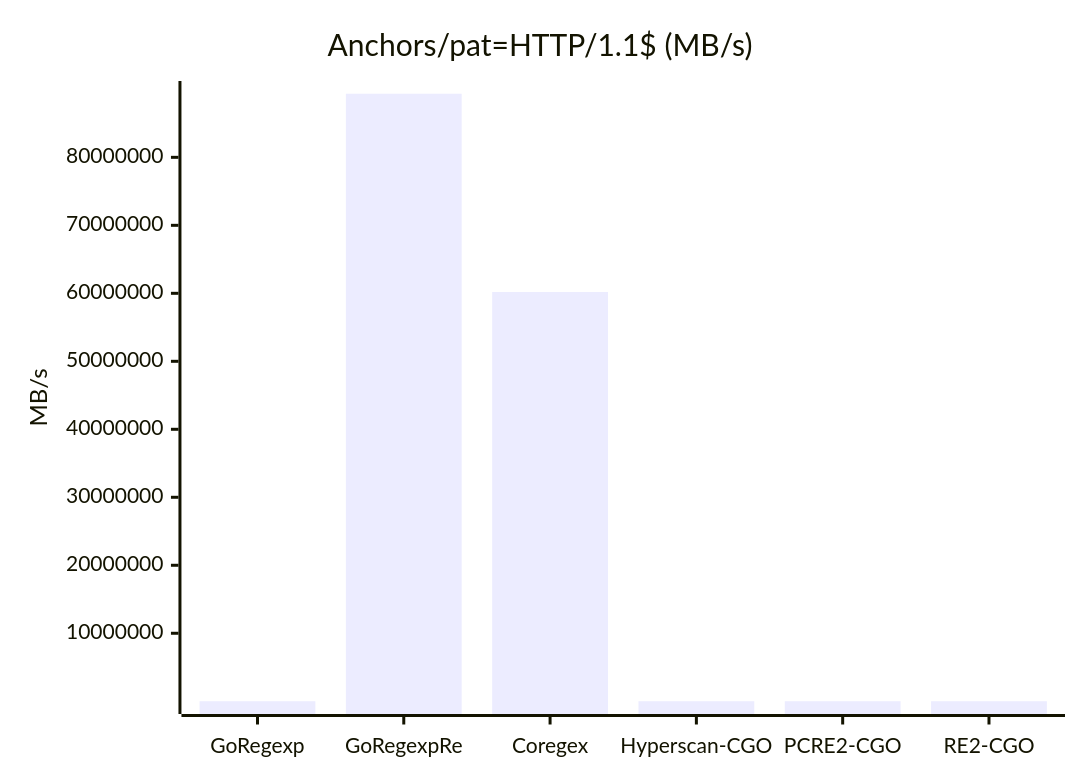
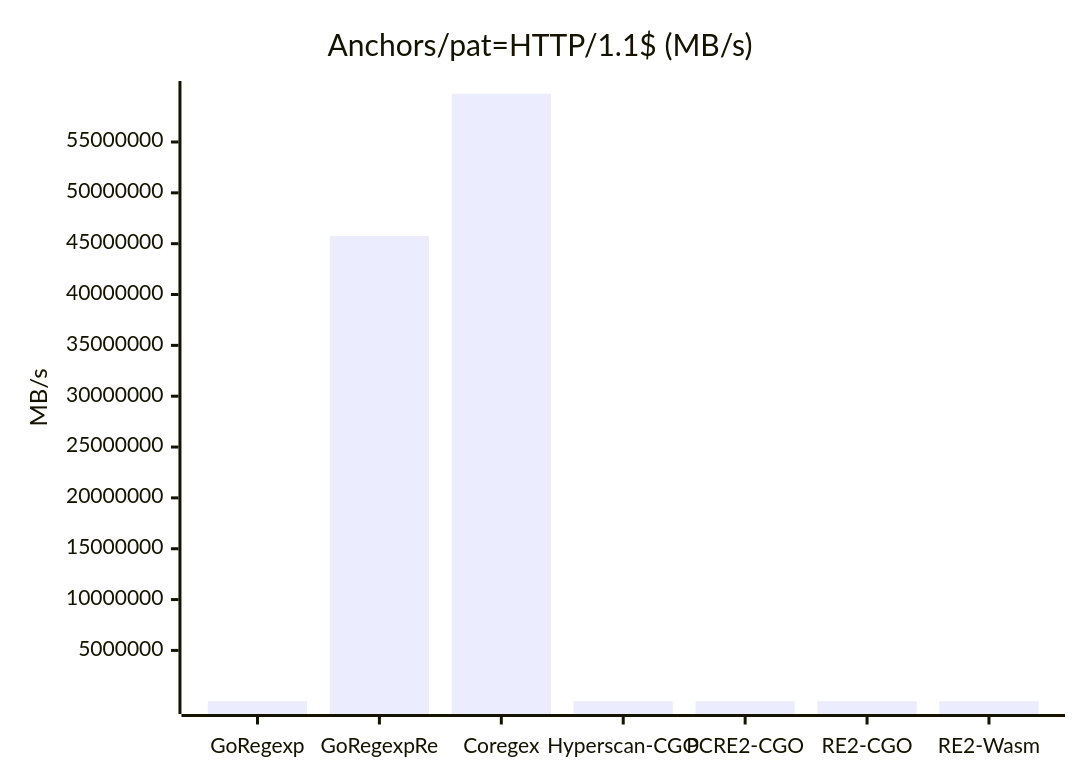
One commit to kamichidu/go-regexp-re changed the third of 47 diagrams in _benchmark_results/cgo_engines.md. Above: the diagram before and after it, drawn with Mermaid. The commit also changed other lines of this file and 1 other file, not shown here.

````diff
--- a/_benchmark_results/cgo_engines.md
+++ b/_benchmark_results/cgo_engines.md
@@ -124,7 +124,7 @@
 ```mermaid
 xychart-beta
     title "Anchors/pat=HTTP/1.1$ (MB/s)"
-    x-axis ["GoRegexp", "GoRegexpRe", "Coregex", "Hyperscan-CGO", "PCRE2-CGO", "RE2-CGO"]
+    x-axis ["GoRegexp", "GoRegexpRe", "Coregex", "Hyperscan-CGO", "PCRE2-CGO", "RE2-CGO", "RE2-Wasm"]
     y-axis "MB/s"
-    bar [717.14, 89352090.70, 60188130.72, 2147.39, 2267.96, 5389.98]
+    bar [385.56, 45757218.81, 59744739.43, 1974.80, 2232.13, 5079.93, 5169.22]
 ```
````
